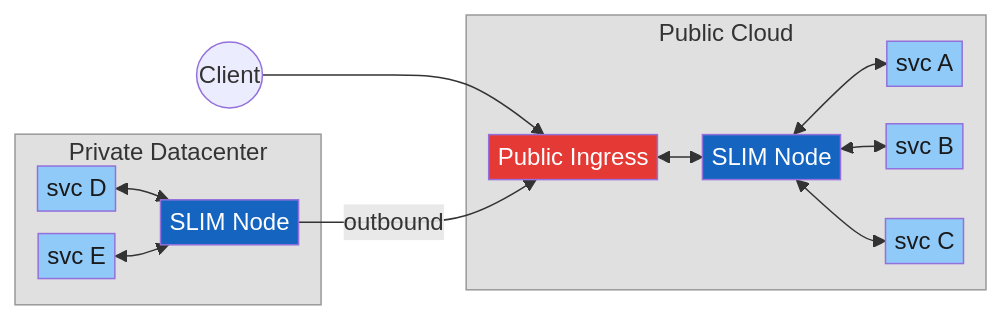
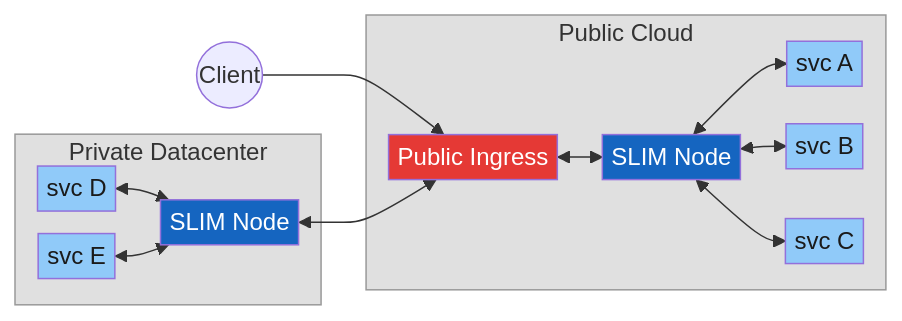
The second of 9 diagrams in presentations/slim-multicluster-demo/slim-multicluster-demo.md (agntcy/blogs), drawn with Mermaid before and after one commit.

````diff
--- a/presentations/slim-multicluster-demo/slim-multicluster-demo.md
+++ b/presentations/slim-multicluster-demo/slim-multicluster-demo.md
@@ -63,26 +63,26 @@
 ```mermaid
 %%{init: {'flowchart': {'nodeSpacing': 15, 'rankSpacing': 30, 'padding': 3}}}%%
 graph LR
     subgraph PRV["Private Datacenter"]
         S4[svc D] <--> SN2[SLIM Node]
         S5[svc E] <--> SN2
     end
     subgraph PUB["Public Cloud"]
         IG[Public Ingress] <--> SN1[SLIM Node]
         SN1 <--> S1[svc A]
         SN1 <--> S2[svc B]
         SN1 <--> S3[svc C]
     end
     C((Client)) --> IG
-    SN2 -- "outbound" --> IG
+    SN2 <--> IG
     style IG fill:#E53935,color:#fff
     style SN1 fill:#1565C0,color:#fff
     style SN2 fill:#1565C0,color:#fff
     style S1 fill:#90CAF9,color:#1a1a1a
     style S2 fill:#90CAF9,color:#1a1a1a
     style S3 fill:#90CAF9,color:#1a1a1a
     style S4 fill:#90CAF9,color:#1a1a1a
     style S5 fill:#90CAF9,color:#1a1a1a
     style PUB fill:#e0e0e0,stroke:#999,color:#333
     style PRV fill:#e0e0e0,stroke:#999,color:#333
 ```
````
